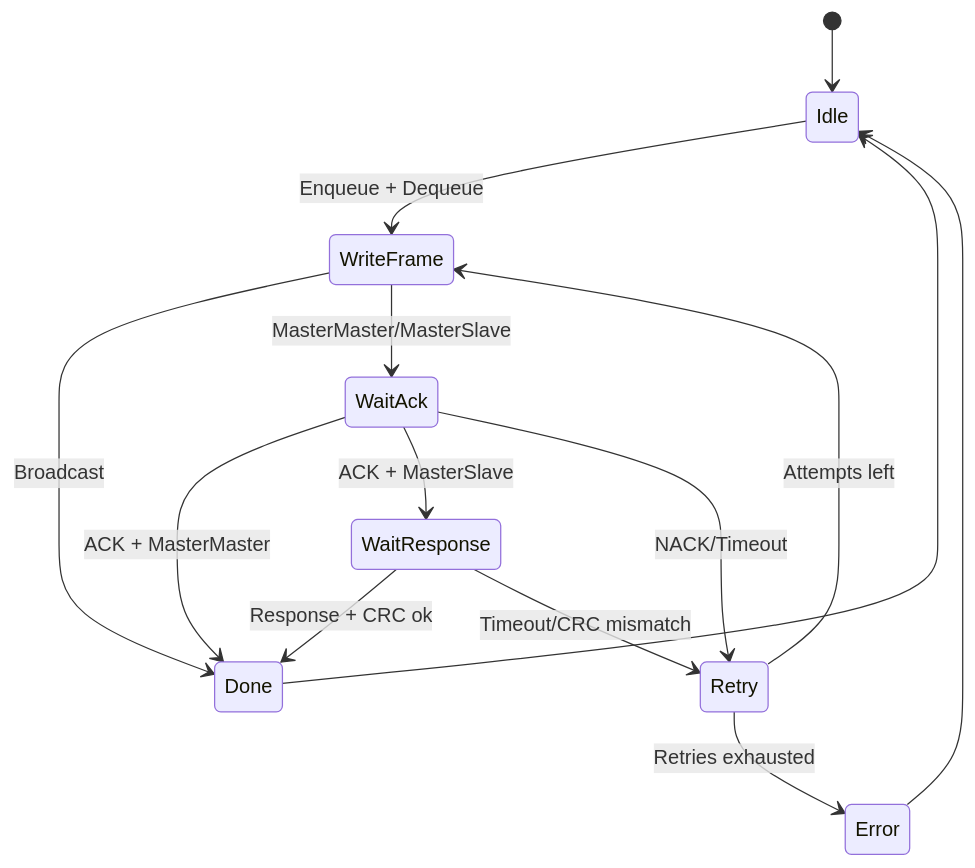
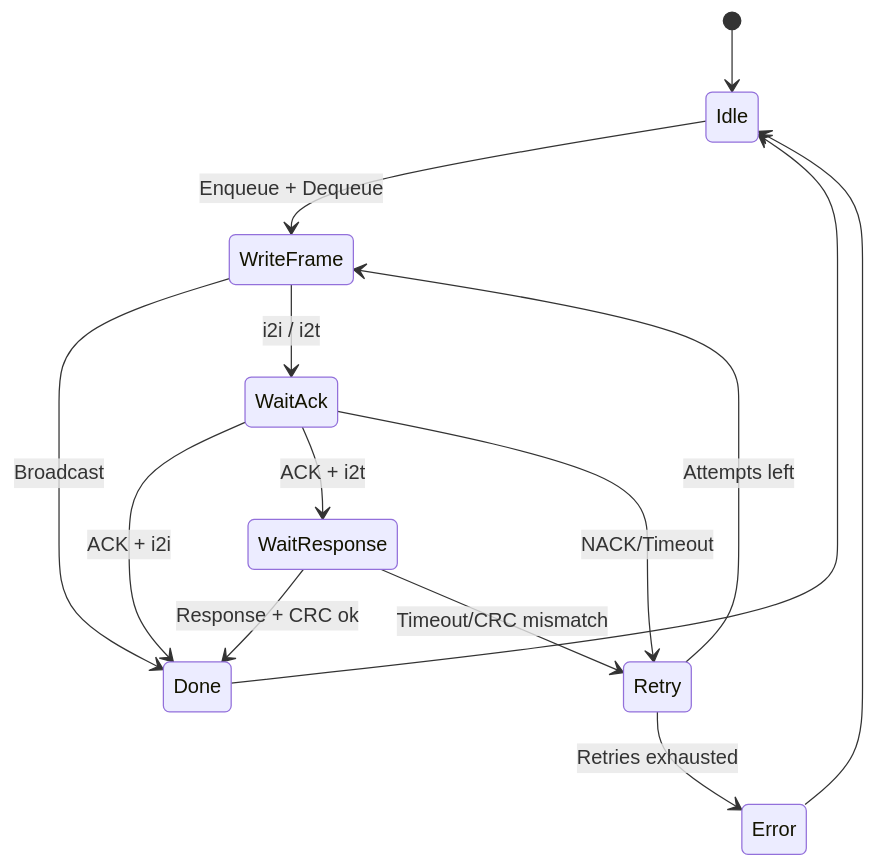
The sixth of 6 diagrams in architecture/overview.md (Project-Helianthus/helianthus-docs-ebus), drawn with Mermaid before and after one commit. The commit also changed 6 other files, not shown here.

````diff
--- a/architecture/overview.md
+++ b/architecture/overview.md
@@ -358,16 +358,16 @@
 ```mermaid
 stateDiagram-v2
   [*] --> Idle
   Idle --> WriteFrame: Enqueue + Dequeue
   WriteFrame --> Done: Broadcast
-  WriteFrame --> WaitAck: MasterMaster/MasterSlave
-  WaitAck --> Done: ACK + MasterMaster
-  WaitAck --> WaitResponse: ACK + MasterSlave
+  WriteFrame --> WaitAck: i2i / i2t
+  WaitAck --> Done: ACK + i2i
+  WaitAck --> WaitResponse: ACK + i2t
   WaitResponse --> Done: Response + CRC ok
   WaitAck --> Retry: NACK/Timeout
   WaitResponse --> Retry: Timeout/CRC mismatch
   Retry --> WriteFrame: Attempts left
   Retry --> Error: Retries exhausted
   Done --> Idle
   Error --> Idle
 ```
````
